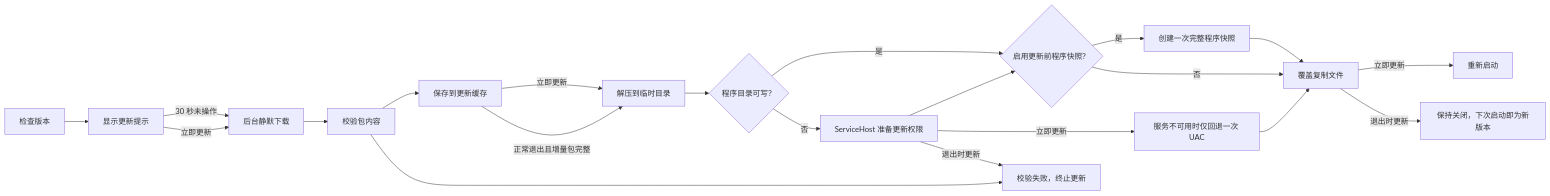
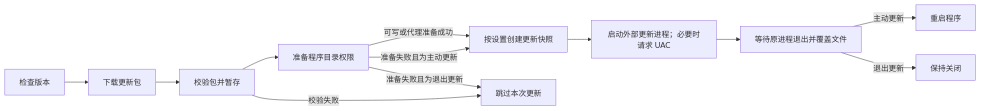
One commit to xincheng213618/scgd_general_wpf changed the diagram in docs/02-developer-guide/deployment/auto-update.md. Above: the diagram before and after it, drawn with Mermaid. The commit also changed other lines of this file and 31 other files, not shown here.

````diff
--- a/docs/02-developer-guide/deployment/auto-update.md
+++ b/docs/02-developer-guide/deployment/auto-update.md
@@ -18,23 +77,14 @@
 ```mermaid
 flowchart LR
-  Check["检查版本"] --> Notice["显示更新提示"]
-  Notice -->|"30 秒未操作"| Download["后台静默下载"]
-  Notice -->|"立即更新"| Download
-  Download --> Verify["校验包内容"]
-  Verify --> Cache["保存到更新缓存"]
-  Cache -->|"立即更新"| Stage["解压到临时目录"]
-  Cache -->|"正常退出且增量包完整"| Stage
-  Stage --> Writable{"程序目录可写？"}
-  Writable -->|"是"| Snapshot{"启用更新前程序快照？"}
-  Writable -->|"否"| Privilege["ServiceHost 准备更新权限"]
-  Privilege --> Snapshot
-  Snapshot -->|"是"| Backup["创建一次完整程序快照"]
-  Snapshot -->|"否"| Install["覆盖复制文件"]
-  Backup --> Install
-  Install -->|"立即更新"| Restart["重新启动"]
-  Install -->|"退出时更新"| Closed["保持关闭，下次启动即为新版本"]
-  Verify --> Stop["校验失败，终止更新"]
-  Privilege -->|"立即更新"| UAC["服务不可用时仅回退一次 UAC"]
-  Privilege -->|"退出时更新"| Stop
-  UAC --> Install
+  Check["检查版本"] --> Download["下载更新包"]
+  Download --> Verify["校验包并暂存"]
+  Verify --> Permission["准备程序目录权限"]
+  Permission -->|"可写或代理准备成功"| Snapshot["按设置创建更新快照"]
+  Permission -->|"准备失败且为主动更新"| Snapshot
+  Permission -->|"准备失败且为退出更新"| Stop["跳过本次更新"]
+  Snapshot --> Handoff["启动外部更新进程；必要时请求 UAC"]
+  Handoff --> Install["等待原进程退出并覆盖文件"]
+  Install -->|"主动更新"| Restart["重启程序"]
+  Install -->|"退出更新"| Closed["保持关闭"]
+  Verify -->|"校验失败"| Stop
 ```
````
